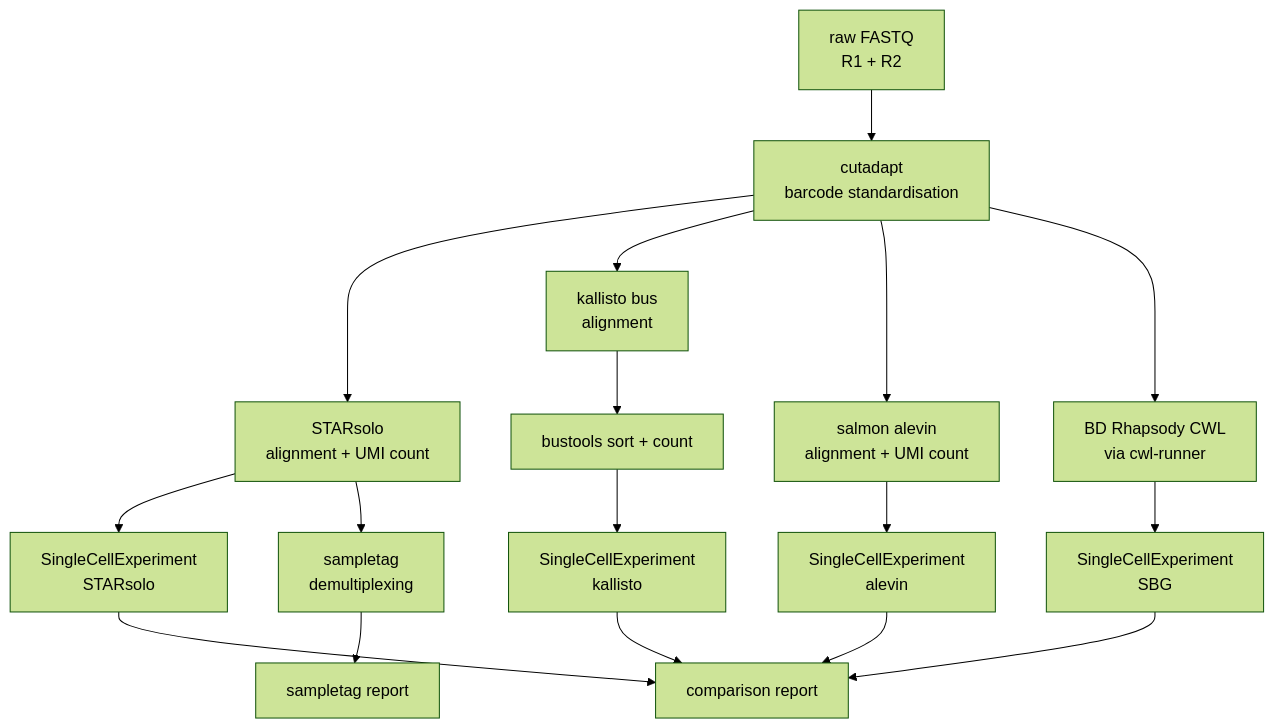
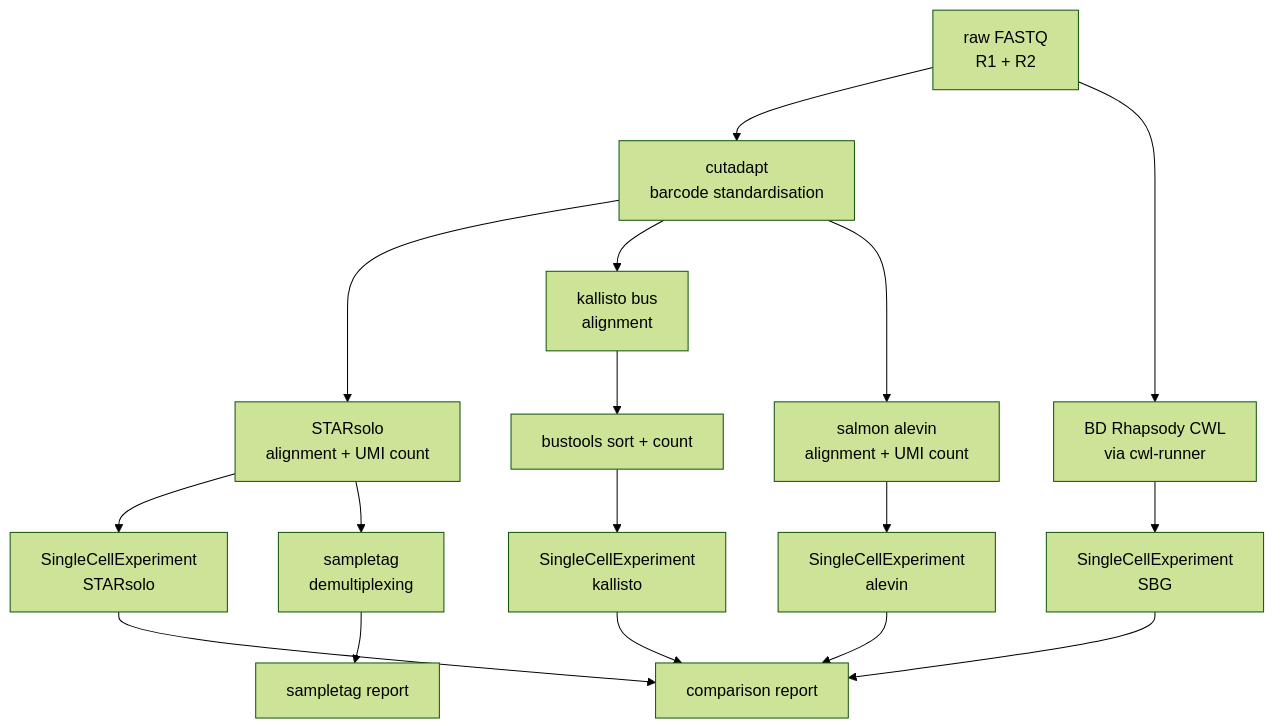
The diagram in README.md (imallona/rhapsodist), drawn with Mermaid (forest theme) before and after one commit. The commit also changed 3 other files, not shown here.

````diff
--- a/README.md
+++ b/README.md
@@ -7,20 +7,20 @@
 ```mermaid
 flowchart TD
     reads[raw FASTQ\nR1 + R2] --> cutadapt[cutadapt\nbarcode standardisation]
 
     cutadapt --> starsolo[STARsolo\nalignment + UMI count]
     cutadapt --> kallisto[kallisto bus\nalignment]
     cutadapt --> alevin[salmon alevin\nalignment + UMI count]
-    cutadapt --> sbg[BD Rhapsody CWL\nvia cwl-runner]
+    reads --> sbg[BD Rhapsody CWL\nvia cwl-runner]
 
     starsolo --> sce_star[SingleCellExperiment\nSTARsolo]
     kallisto --> bustools[bustools sort + count]
     bustools --> sce_kallisto[SingleCellExperiment\nkallisto]
     alevin --> sce_alevin[SingleCellExperiment\nalevin]
     sbg --> sce_sbg[SingleCellExperiment\nSBG]
 
     sce_star & sce_kallisto & sce_alevin & sce_sbg --> report[comparison report]
 
     starsolo --> sampletags[sampletag\ndemultiplexing]
     sampletags --> st_report[sampletag report]
 ```
````
